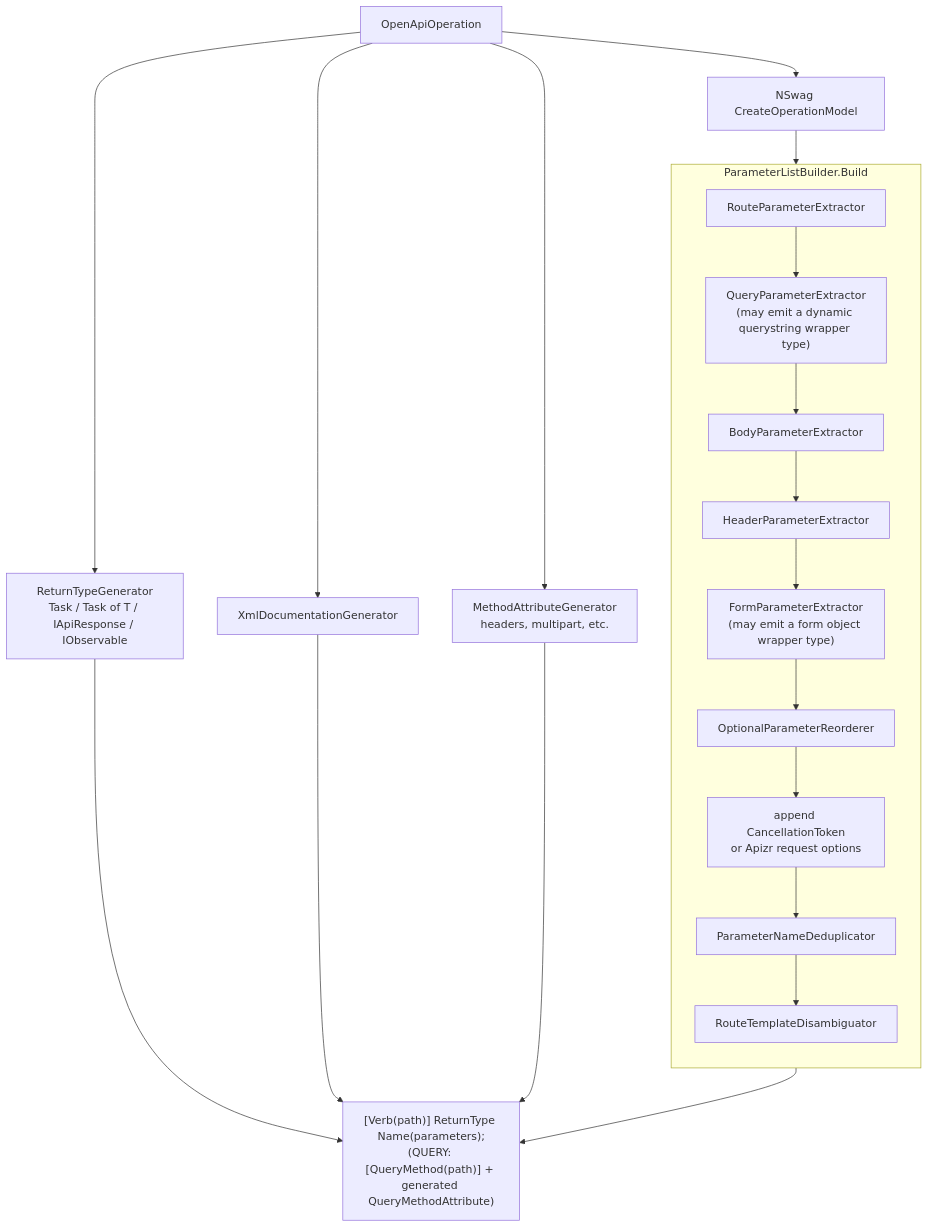
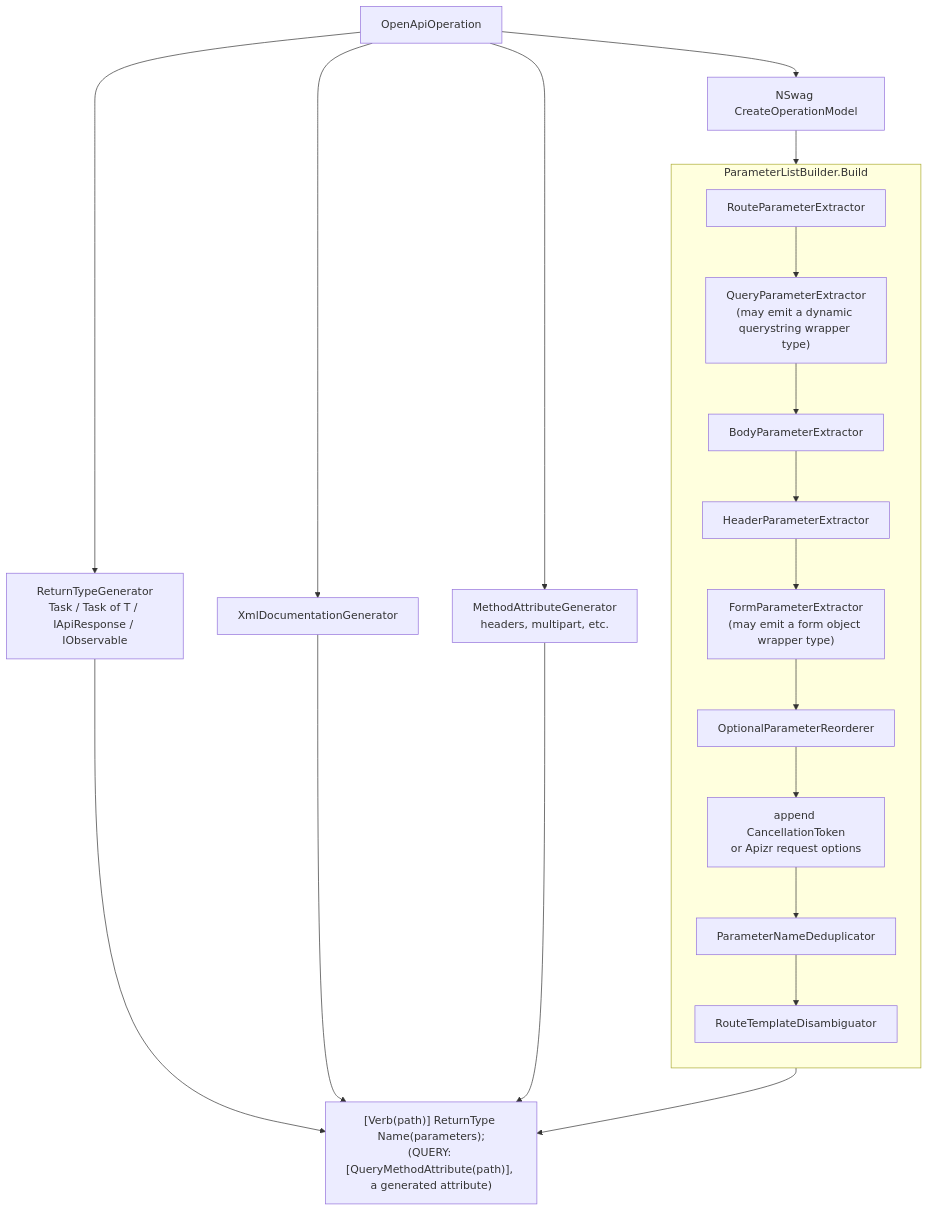
Before and after one commit to christianhelle/refitter: the eighth of 10 diagrams in docs/docfx_project/articles/technical/core-pipeline.md, drawn with Mermaid. The commit also changed 3 other files, not shown here.

First line of the commit message:
Keep the QUERY attribute clear of suffixed contract names

````diff
--- a/docs/docfx_project/articles/technical/core-pipeline.md
+++ b/docs/docfx_project/articles/technical/core-pipeline.md
@@ -217,24 +217,24 @@
 ```mermaid
 flowchart TD
     OP["OpenApiOperation"] --> RT["ReturnTypeGenerator<br/>Task / Task of T / IApiResponse / IObservable"]
     OP --> OM["NSwag CreateOperationModel"]
     OM --> PLB
 
     subgraph PLB["ParameterListBuilder.Build"]
         direction TB
         X1["RouteParameterExtractor"] --> X2["QueryParameterExtractor<br/>(may emit a dynamic querystring wrapper type)"]
         X2 --> X3["BodyParameterExtractor"]
         X3 --> X4["HeaderParameterExtractor"]
         X4 --> X5["FormParameterExtractor<br/>(may emit a form object wrapper type)"]
         X5 --> X6["OptionalParameterReorderer"]
         X6 --> X7["append CancellationToken<br/>or Apizr request options"]
         X7 --> X8["ParameterNameDeduplicator"]
         X8 --> X9["RouteTemplateDisambiguator"]
     end
 
     RT --> EMIT
     PLB --> EMIT
     OP --> DOCS["XmlDocumentationGenerator"] --> EMIT
     OP --> ATTR["MethodAttributeGenerator<br/>headers, multipart, etc."] --> EMIT
-    EMIT["[Verb(path)] ReturnType Name(parameters);<br/>(QUERY: [QueryMethod(path)] + generated QueryMethodAttribute)"]
+    EMIT["[Verb(path)] ReturnType Name(parameters);<br/>(QUERY: [QueryMethodAttribute(path)], a generated attribute)"]
 ```
````
